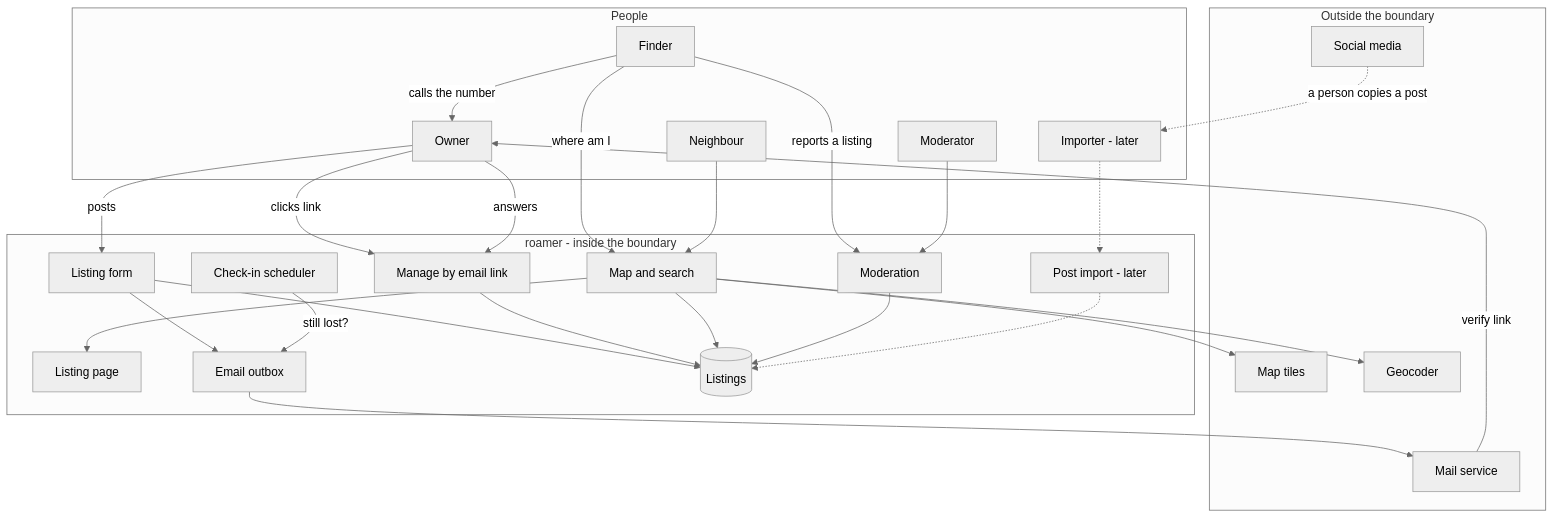
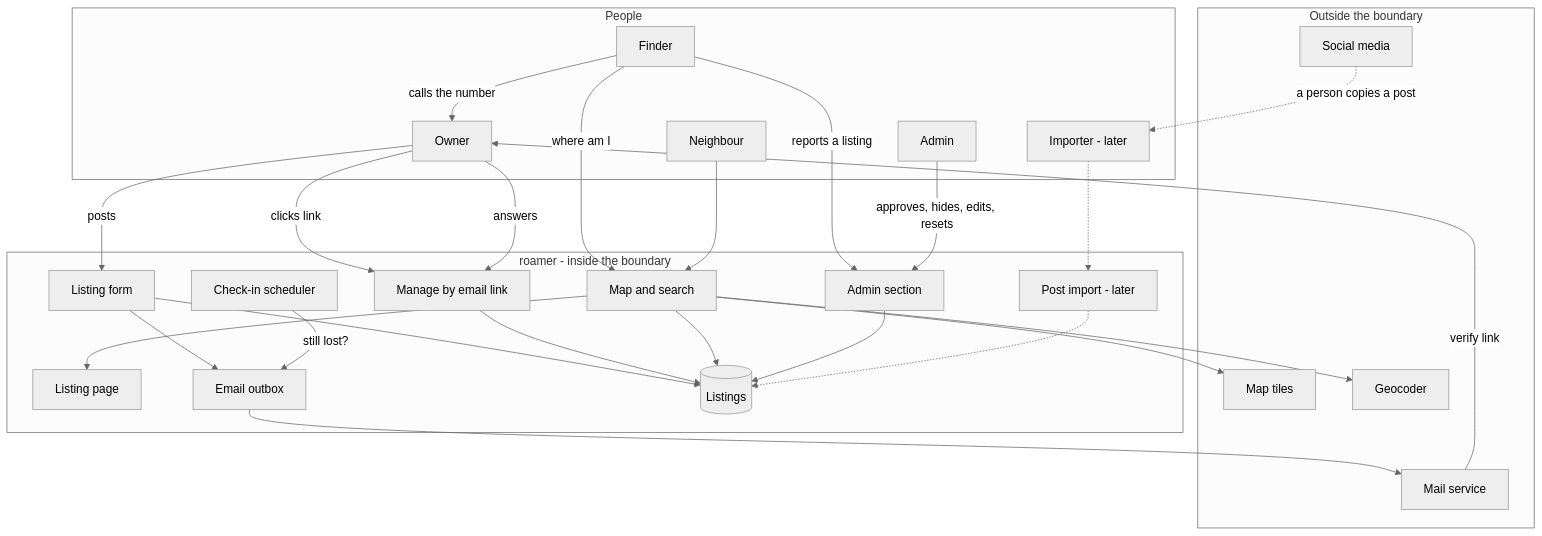
The first of 2 diagrams in roamer/requirements/02-interaction.md (MoAbboud/PortFolio), drawn with Mermaid (neutral theme) before and after one commit. The commit also changed other lines of this file and 6 other files, not shown here.

````diff
--- a/roamer/requirements/02-interaction.md
+++ b/roamer/requirements/02-interaction.md
@@ -23,56 +24,56 @@
 ```mermaid
 flowchart TB
     subgraph people[People]
         OW[Owner]
         FI[Finder]
         NB[Neighbour]
-        MO[Moderator]
+        AD[Admin]
         IM[Importer - later]
     end
 
     subgraph sys[roamer - inside the boundary]
         FORM[Listing form]
         MAP[Map and search]
         LP[Listing page]
         MAN[Manage by email link]
         CHK[Check-in scheduler]
         OUT[Email outbox]
-        MOD[Moderation]
+        ADM[Admin section]
         IMP[Post import - later]
         DB[(Listings)]
     end
 
     subgraph ext[Outside the boundary]
         MS[Mail service]
         TILES[Map tiles]
         GEO[Geocoder]
         SOC[Social media]
     end
 
     OW -->|posts| FORM
     FORM --> DB
     FORM --> OUT
     OUT --> MS
     MS -->|verify link| OW
     OW -->|clicks link| MAN
     MAN --> DB
 
     CHK -->|still lost?| OUT
     OW -->|answers| MAN
 
     FI -->|where am I| MAP
     NB --> MAP
     MAP --> DB
     MAP --> TILES
     MAP --> GEO
     MAP --> LP
     FI -->|calls the number| OW
 
-    FI -->|reports a listing| MOD
-    MO --> MOD
-    MOD --> DB
+    FI -->|reports a listing| ADM
+    AD -->|approves, hides, edits, resets| ADM
+    ADM --> DB
 
     SOC -.->|a person copies a post| IM
     IM -.-> IMP
     IMP -.-> DB
 ```
````
